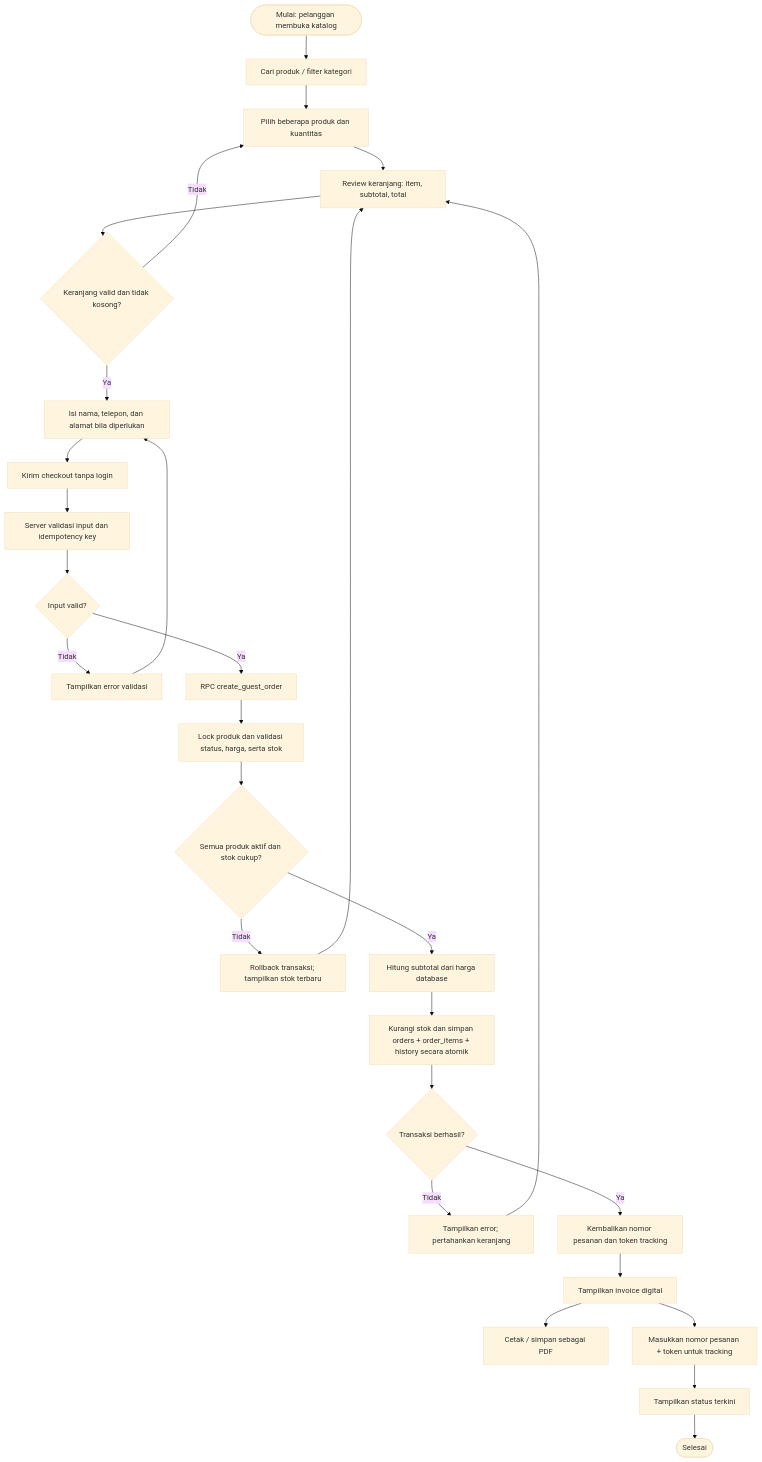
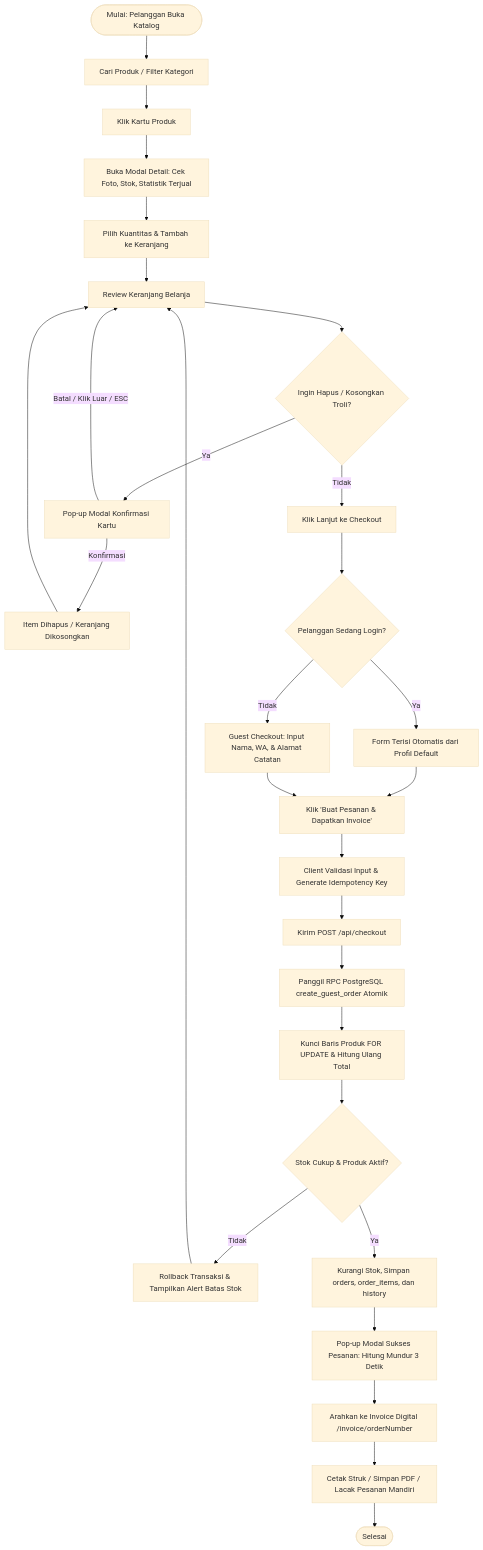
The second of 4 diagrams in docs/ERD_AND_FLOWCHART.md (ulhaqjackyhaw/mini_ecommerce), drawn with Mermaid (base theme) before and after one commit. The commit also changed other lines of this file and 1 other file, not shown here.

Commit message:
docs: update and perfect PRD and ERD & Flowchart to reflect complete AmaraStore architecture

````diff
--- a/docs/ERD_AND_FLOWCHART.md
+++ b/docs/ERD_AND_FLOWCHART.md
@@ -93,30 +127,31 @@
 ```mermaid
 flowchart TD
-    A([Mulai: pelanggan membuka katalog]) --> B[Cari produk / filter kategori]
-    B --> C[Pilih beberapa produk dan kuantitas]
-    C --> D[Review keranjang: item, subtotal, total]
-    D --> E{Keranjang valid dan tidak kosong?}
-    E -- Tidak --> C
-    E -- Ya --> F[Isi nama, telepon, dan alamat bila diperlukan]
-    F --> G[Kirim checkout tanpa login]
-    G --> H[Server validasi input dan idempotency key]
-    H --> I{Input valid?}
-    I -- Tidak --> J[Tampilkan error validasi]
-    J --> F
-    I -- Ya --> K[RPC create_guest_order]
-    K --> L[Lock produk dan validasi status, harga, serta stok]
-    L --> M{Semua produk aktif dan stok cukup?}
-    M -- Tidak --> N[Rollback transaksi; tampilkan stok terbaru]
-    N --> D
-    M -- Ya --> O[Hitung subtotal dari harga database]
-    O --> P[Kurangi stok dan simpan orders + order_items + history secara atomik]
-    P --> Q{Transaksi berhasil?}
-    Q -- Tidak --> R[Tampilkan error; pertahankan keranjang]
-    R --> D
-    Q -- Ya --> S[Kembalikan nomor pesanan dan token tracking]
-    S --> T[Tampilkan invoice digital]
-    T --> U[Cetak / simpan sebagai PDF]
-    T --> V[Masukkan nomor pesanan + token untuk tracking]
-    V --> W[Tampilkan status terkini]
-    W --> X([Selesai])
+    A([Mulai: Pelanggan Buka Katalog]) --> B[Cari Produk / Filter Kategori]
+    B --> C[Klik Kartu Produk]
+    C --> D[Buka Modal Detail: Cek Foto, Stok, Statistik Terjual]
+    D --> E[Pilih Kuantitas & Tambah ke Keranjang]
+    E --> F[Review Keranjang Belanja]
+    F --> G{Ingin Hapus / Kosongkan Troli?}
+    G -- Ya --> H[Pop-up Modal Konfirmasi Kartu]
+    H -- Batal / Klik Luar / ESC --> F
+    H -- Konfirmasi --> I[Item Dihapus / Keranjang Dikosongkan]
+    I --> F
+    G -- Tidak --> J[Klik Lanjut ke Checkout]
+    J --> K{Pelanggan Sedang Login?}
+    K -- Ya --> L[Form Terisi Otomatis dari Profil Default]
+    K -- Tidak --> M[Guest Checkout: Input Nama, WA, & Alamat Catatan]
+    L --> N[Klik 'Buat Pesanan & Dapatkan Invoice']
+    M --> N
+    N --> O[Client Validasi Input & Generate Idempotency Key]
+    O --> P[Kirim POST /api/checkout]
+    P --> Q[Panggil RPC PostgreSQL create_guest_order Atomik]
+    Q --> R[Kunci Baris Produk FOR UPDATE & Hitung Ulang Total]
+    R --> S{Stok Cukup & Produk Aktif?}
+    S -- Tidak --> T[Rollback Transaksi & Tampilkan Alert Batas Stok]
+    T --> F
+    S -- Ya --> U[Kurangi Stok, Simpan orders, order_items, dan history]
+    U --> V[Pop-up Modal Sukses Pesanan: Hitung Mundur 3 Detik]
+    V --> W[Arahkan ke Invoice Digital /invoice/orderNumber]
+    W --> X[Cetak Struk / Simpan PDF / Lacak Pesanan Mandiri]
+    X --> Y([Selesai])
 ```
````
